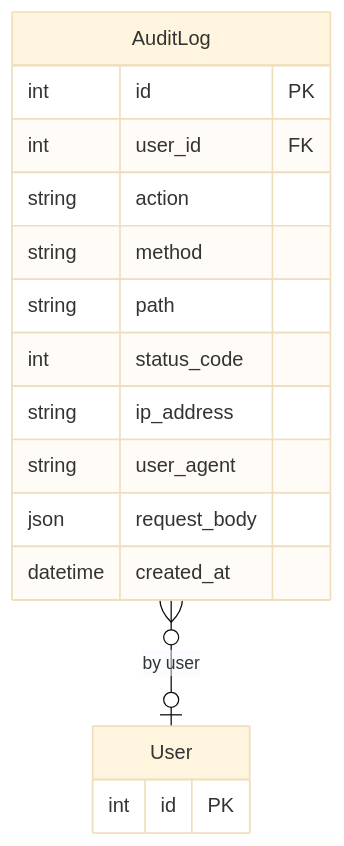
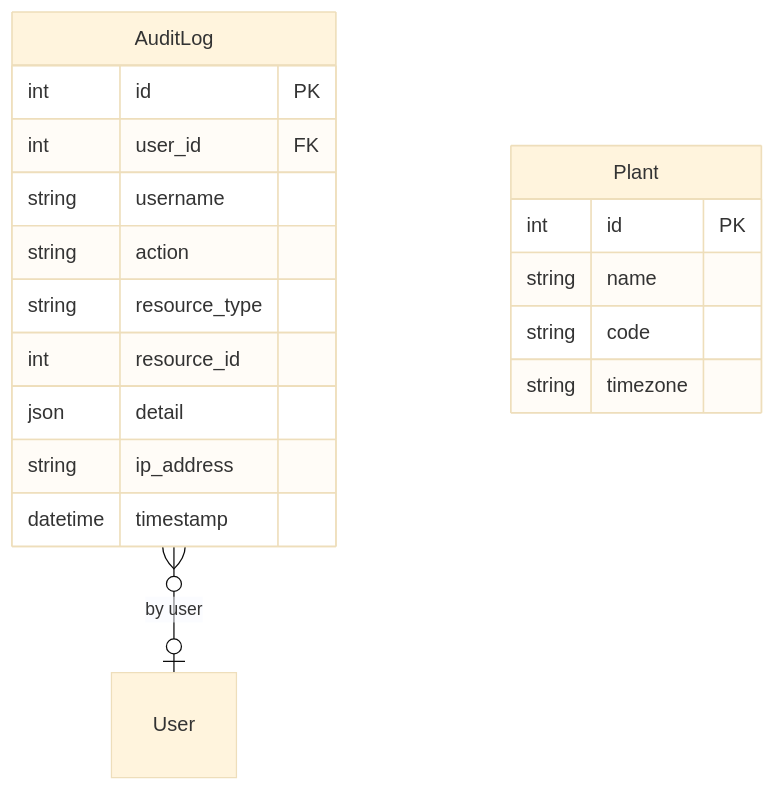
The second of 2 diagrams in .knowledge/features/admin.md (saturnis-io/cassini), drawn with Mermaid (base theme) before and after one commit. The commit also changed other lines of this file and 16 other files, not shown here.

First line of the commit message:
knowledge-graph: regenerate

````diff
--- a/.knowledge/features/admin.md
+++ b/.knowledge/features/admin.md
@@ -26,19 +27,21 @@
 ```mermaid
 erDiagram
-    AuditLog }o--o| User : "by user"
     AuditLog {
         int id PK
         int user_id FK
+        string username
         string action
-        string method
-        string path
-        int status_code
+        string resource_type
+        int resource_id
+        json detail
         string ip_address
-        string user_agent
-        json request_body
-        datetime created_at
+        datetime timestamp
     }
-    User {
+    AuditLog }o--o| User : "by user"
+    Plant {
         int id PK
+        string name
+        string code
+        string timezone
     }
 ```
````
